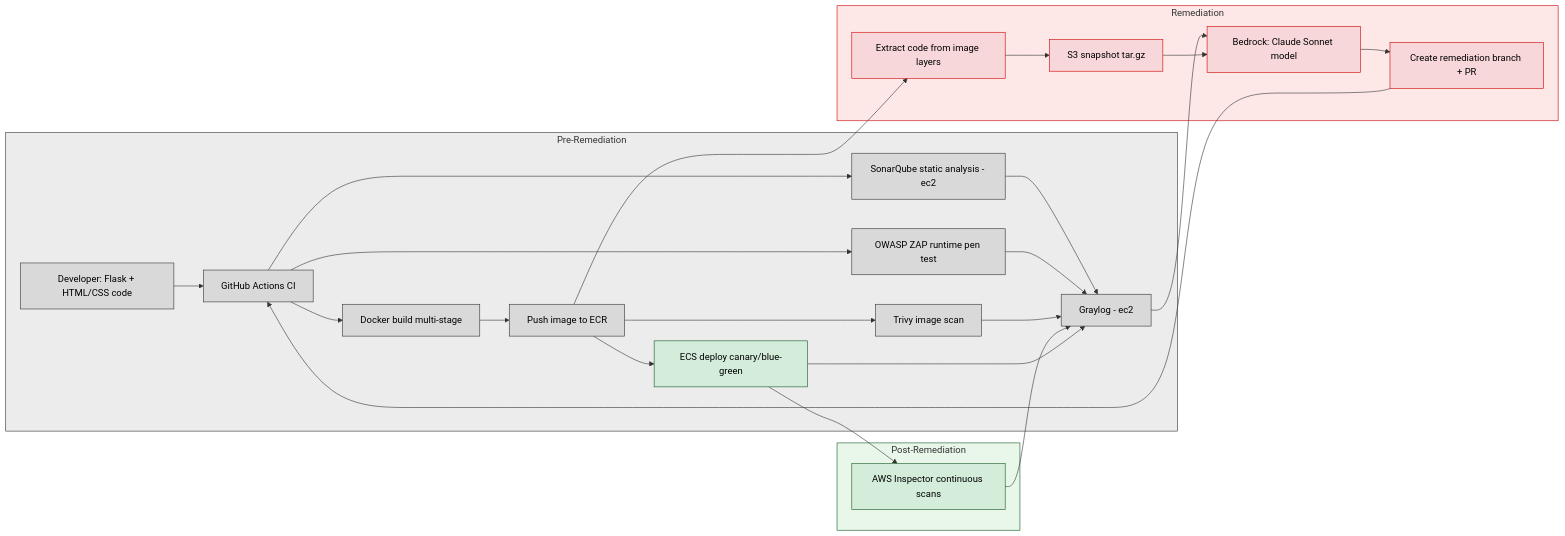
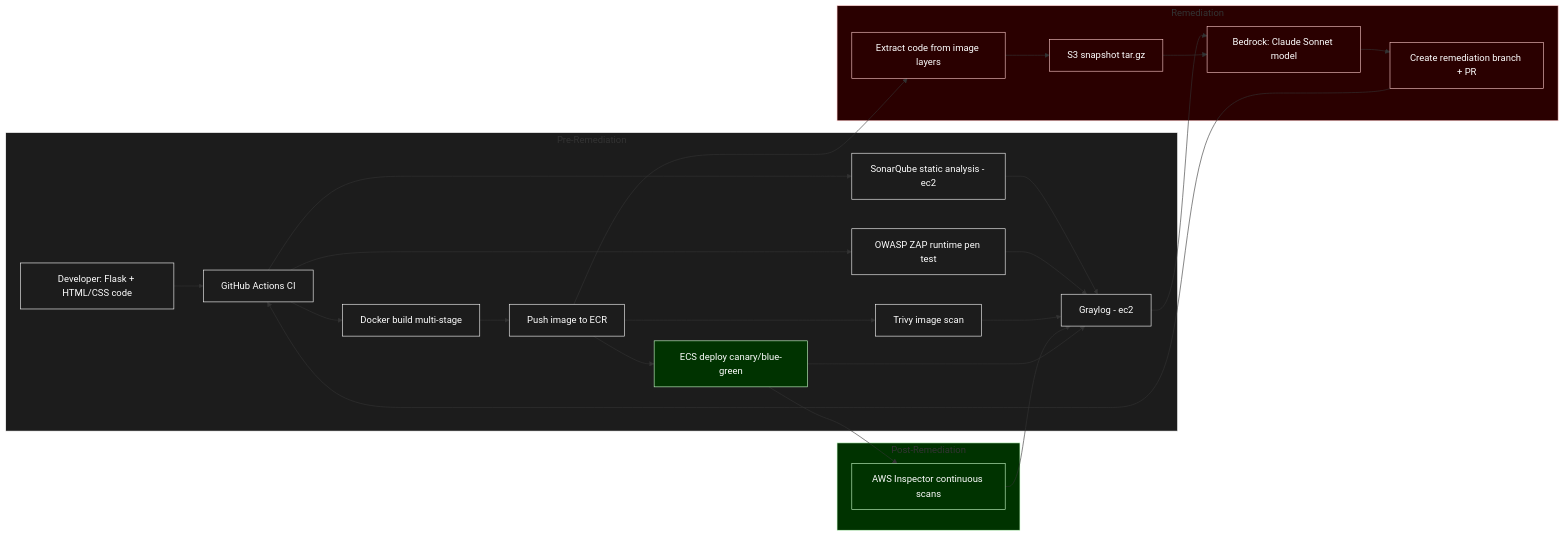
Before and after one commit to devjoshi2005/DevSecOps-Container-Remediation-Project: the diagram in technicalreport.md, drawn with Mermaid.

````diff
--- a/technicalreport.md
+++ b/technicalreport.md
@@ -6,40 +6,41 @@
 ``` mermaid
+
 flowchart LR
   subgraph Pre-Remediation
-    style Pre-Remediation fill:#ececec,stroke:#333,stroke-width:1px
+    style Pre-Remediation fill:#1c1c1c,stroke:#ffffff,stroke-width:1px
     A[Developer: Flask + HTML/CSS code]:::pre --> B[GitHub Actions CI]:::pre
     B --> C[OWASP ZAP runtime pen test]:::pre
     B --> D[SonarQube static analysis - ec2]:::pre
-    D --> H[Graylog - ec2 ]:::pre
+    D --> H[Graylog - ec2]:::pre
     C --> H
     B --> E[Docker build multi-stage]:::pre
     E --> F[Push image to ECR]:::pre
     F --> G[ECS deploy canary/blue-green]:::post
     F --> T[Trivy image scan]:::pre
     T --> H
   end
 
   subgraph Remediation
-    style Remediation fill:#fde7e7,stroke:#c00,stroke-width:1px
+    style Remediation fill:#2a0000,stroke:#ffcccc,stroke-width:1px
     F --> X[Extract code from image layers]:::rem
     X --> S3[S3 snapshot tar.gz]:::rem
     H --> Bed[Bedrock: Claude Sonnet model]:::rem
     S3 --> Bed
     Bed --> PR[Create remediation branch + PR]:::rem
     PR --> B
   end
 
   subgraph Post-Remediation
-    style Post-Remediation fill:#e8f7e9,stroke:#155724,stroke-width:1px
+    style Post-Remediation fill:#003300,stroke:#ccffcc,stroke-width:1px
     G --> Inspector[AWS Inspector continuous scans]:::post
     Inspector --> H
     G --> H
   end
 
-  classDef pre fill:#d9d9d9,stroke:#333,color:#000;
-  classDef rem fill:#f8d7da,stroke:#c00,color:#000;
-  classDef post fill:#d4edda,stroke:#155724,color:#000;
+  classDef pre fill:#1c1c1c,stroke:#ffffff,color:#ffffff;
+  classDef rem fill:#2a0000,stroke:#ffcccc,color:#ffffff;
+  classDef post fill:#003300,stroke:#ccffcc,color:#ffffff;
 
 
 
 ```
````
